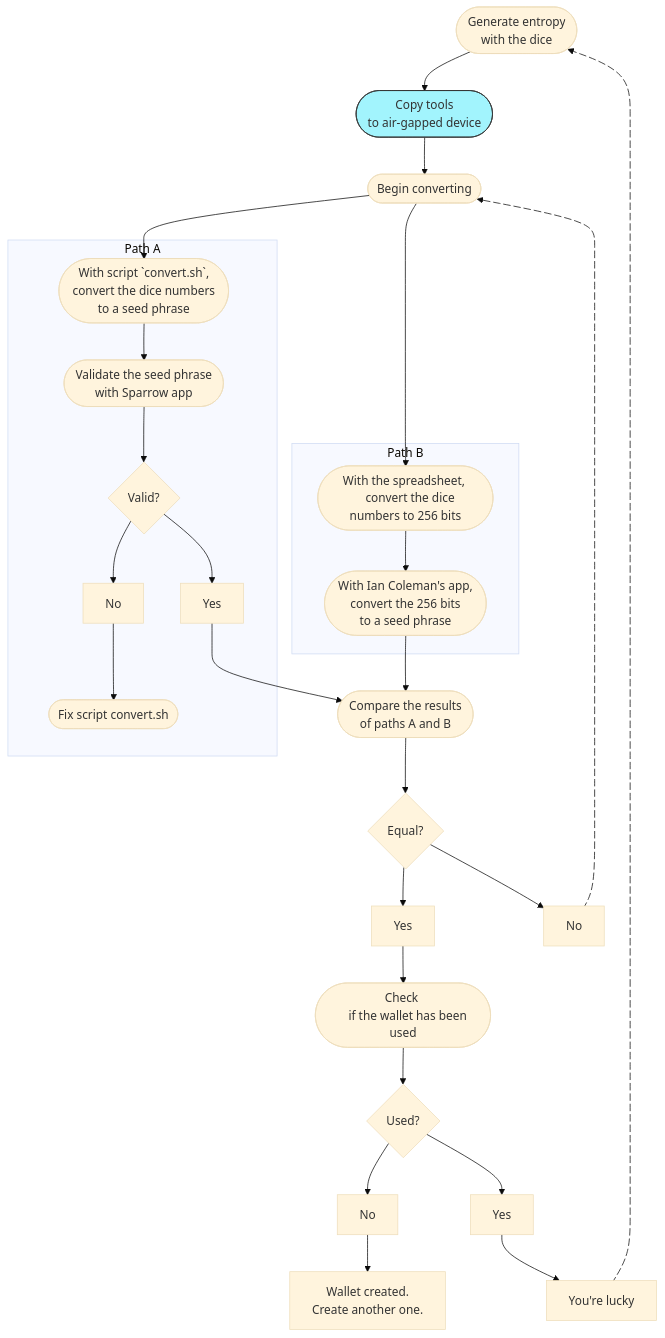
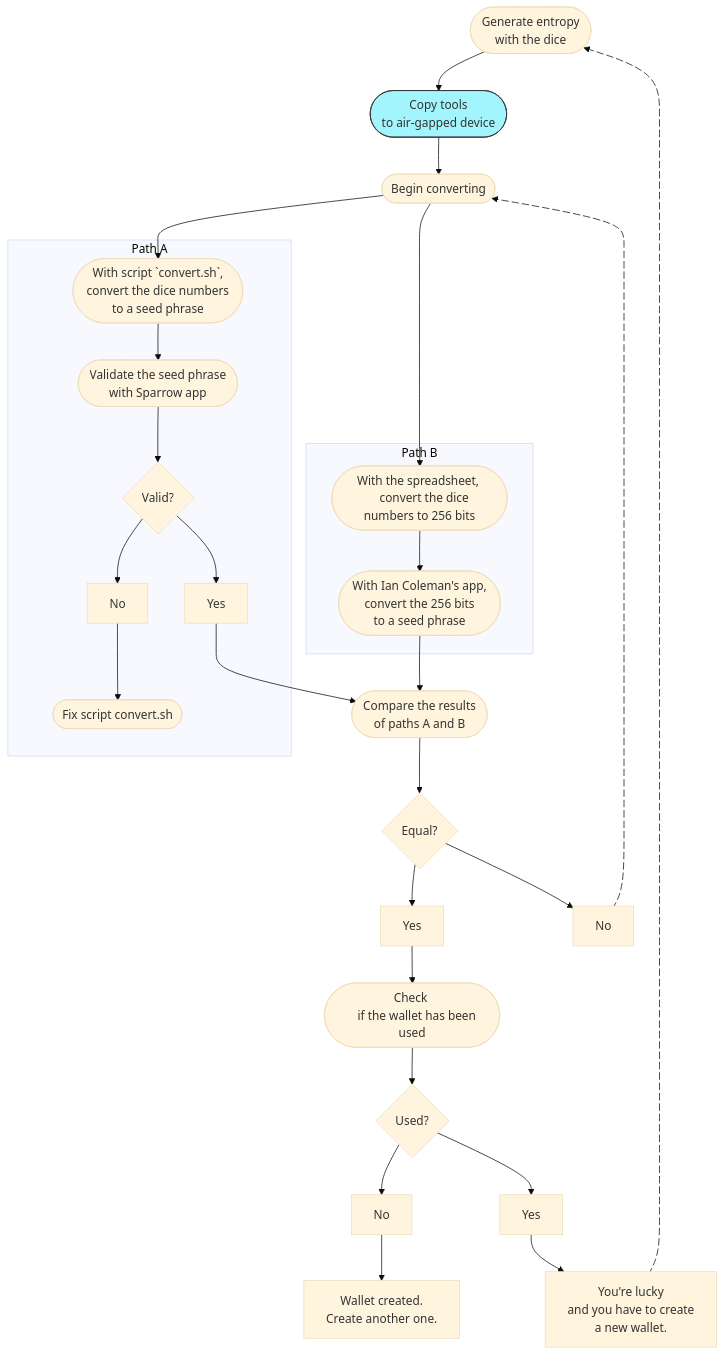
Before and after one commit to cardinal-II/learn-processes-with-schemes: the diagram in bitcoin/_process20.md, drawn with Mermaid (base theme).

Commit message:
Cleaned the code.

````diff
--- a/bitcoin/_process20.md
+++ b/bitcoin/_process20.md
@@ -3,54 +3,56 @@
 ```mermaid
 flowchart TD
     entropy --> copy_tools_to_airgapped --> begin_converting --> convert_numbers_a & convert_numbers_b;
     subgraph Path A
         convert_numbers_a --> validate_seed --> valid1 --> yes1 & no1;
         no1 --> fix_script;
         end
     subgraph Path B
         convert_numbers_b --> ian_coleman;
         end
     yes1 & ian_coleman --> compare_paths --> equal --> yes2 & no2;
     no2 e1@--> begin_converting;
     yes2 --> check_used --> used --> no3 & yes3;
     yes3 --> lucky e2@--> entropy;
     no3 --> wallet_created;
     
 entropy(["Generate entropy 
     with the dice"]);
 copy_tools_to_airgapped(["Copy tools 
     to air-gapped device"]);
 begin_converting([Begin converting]);
 convert_numbers_a(["With script `convert.sh`,
     convert the dice numbers 
     to a seed phrase"]);
 validate_seed(["Validate the seed phrase
     with Sparrow app"])
 valid1{Valid?}
 yes1[Yes]
 no1[No]
 fix_script([Fix script convert.sh])
 convert_numbers_b(["With the spreadsheet, 
     convert the dice numbers to 256 bits"])
 ian_coleman(["With Ian Coleman's app, 
     convert the 256 bits 
     to a seed phrase"])
 compare_paths(["Compare the results 
     of paths A and B"])
 equal{Equal?};
 yes2[Yes]
 no2[No];
 e1@{ animation: fast };
 e2@{ animation: fast };
 check_used(["Check 
     if the wallet has been used"])
 
 used{Used?}
 yes3[Yes]
-lucky[You're lucky]
+lucky["You're lucky
+    and you have to create 
+    a new wallet."]
 no3[No]
 wallet_created["Wallet created. 
     Create another one."]
 
 style copy_tools_to_airgapped fill:#A2F4FD, stroke:#333;
 ```
````
